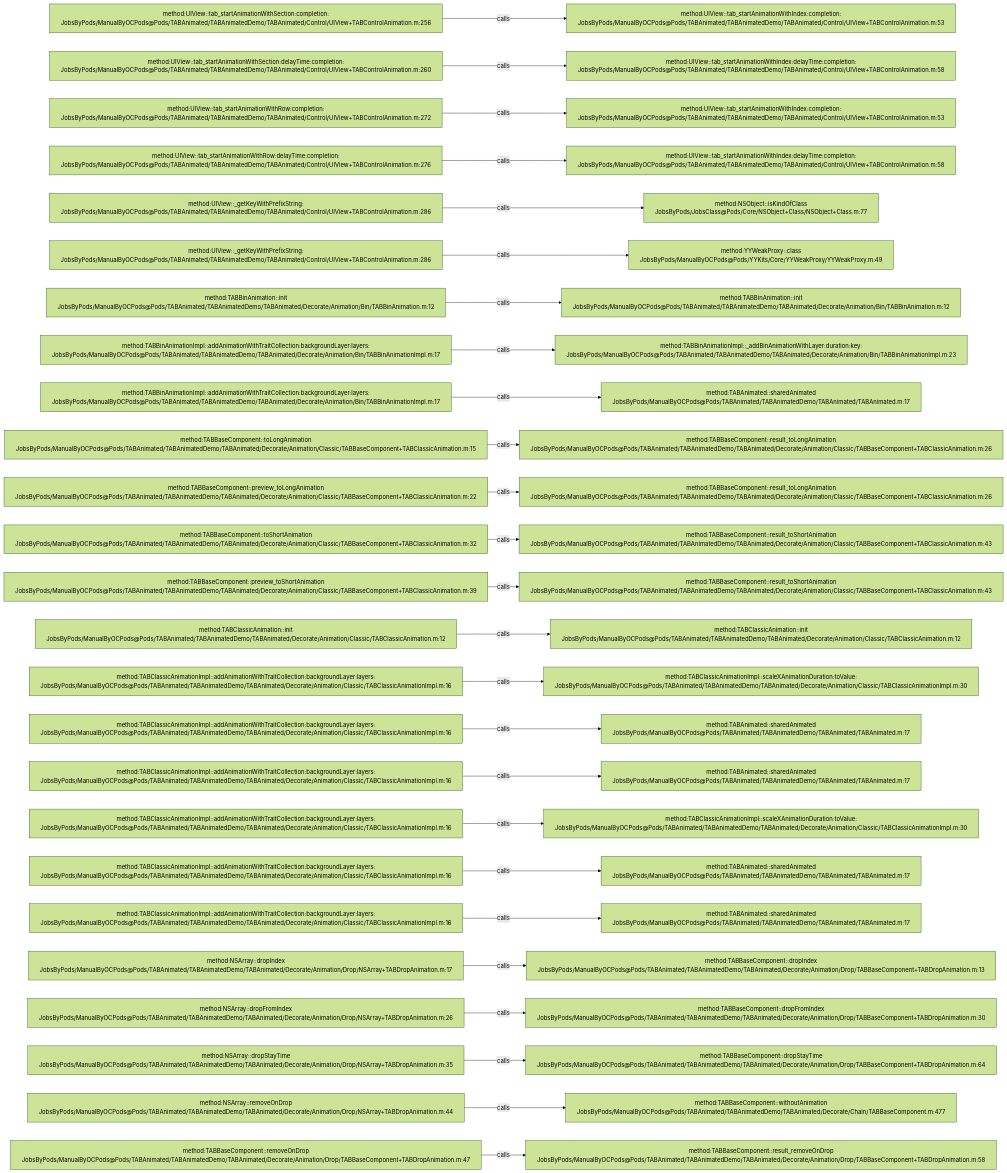
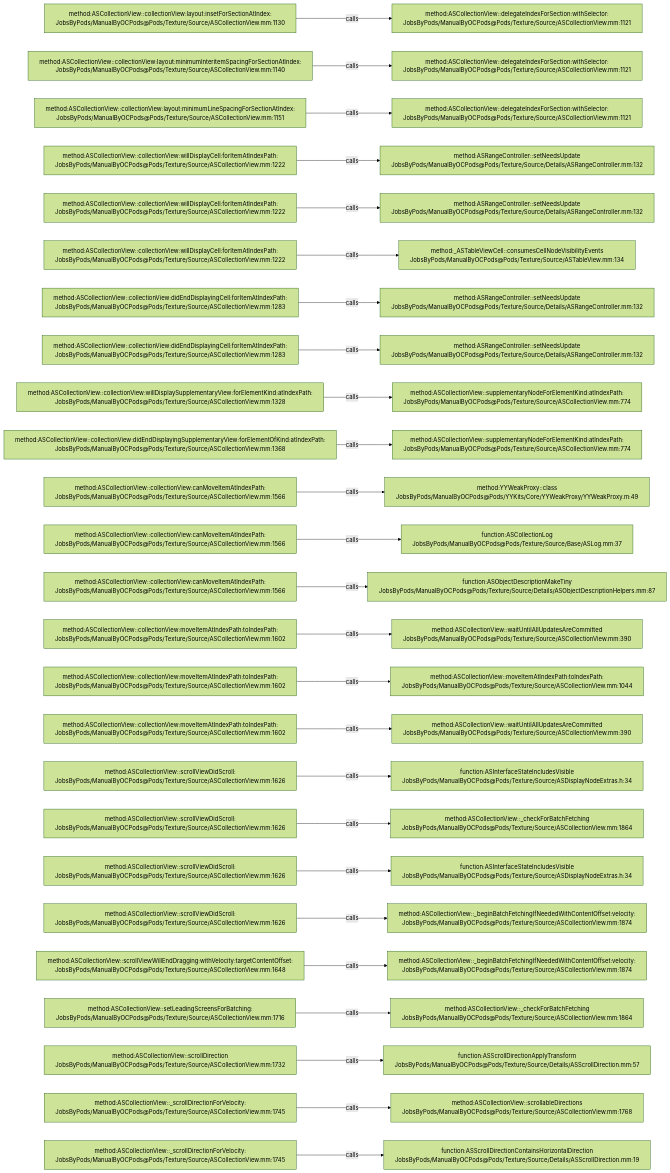
Before and after one commit to JobsKits/JobsOCBaseConfigDemo: the diagram in .codegraph/codegraph.md/graphs/calls-191.md, drawn with Mermaid (forest theme). The commit also changed 573 other files, not shown here.

````diff
--- a/.codegraph/codegraph.md/graphs/calls-191.md
+++ b/.codegraph/codegraph.md/graphs/calls-191.md
@@ -13,78 +13,78 @@
 ```mermaid
 flowchart LR
-  S1["method:UIView::tab_startAnimationWithSection:completion:<br/>JobsByPods/ManualByOCPods@Pods/TABAnimated/TABAnimatedDemo/TABAnimated/Control/UIView+TABControlAnimation.m:256"]
-  T1["method:UIView::tab_startAnimationWithIndex:completion:<br/>JobsByPods/ManualByOCPods@Pods/TABAnimated/TABAnimatedDemo/TABAnimated/Control/UIView+TABControlAnimation.m:53"]
+  S1["method:ASCollectionView::collectionView:layout:insetForSectionAtIndex:<br/>JobsByPods/ManualByOCPods@Pods/Texture/Source/ASCollectionView.mm:1130"]
+  T1["method:ASCollectionView::delegateIndexForSection:withSelector:<br/>JobsByPods/ManualByOCPods@Pods/Texture/Source/ASCollectionView.mm:1121"]
   S1 -->|calls| T1
-  S2["method:UIView::tab_startAnimationWithSection:delayTime:completion:<br/>JobsByPods/ManualByOCPods@Pods/TABAnimated/TABAnimatedDemo/TABAnimated/Control/UIView+TABControlAnimation.m:260"]
-  T2["method:UIView::tab_startAnimationWithIndex:delayTime:completion:<br/>JobsByPods/ManualByOCPods@Pods/TABAnimated/TABAnimatedDemo/TABAnimated/Control/UIView+TABControlAnimation.m:58"]
+  S2["method:ASCollectionView::collectionView:layout:minimumInteritemSpacingForSectionAtIndex:<br/>JobsByPods/ManualByOCPods@Pods/Texture/Source/ASCollectionView.mm:1140"]
+  T2["method:ASCollectionView::delegateIndexForSection:withSelector:<br/>JobsByPods/ManualByOCPods@Pods/Texture/Source/ASCollectionView.mm:1121"]
   S2 -->|calls| T2
-  S3["method:UIView::tab_startAnimationWithRow:completion:<br/>JobsByPods/ManualByOCPods@Pods/TABAnimated/TABAnimatedDemo/TABAnimated/Control/UIView+TABControlAnimation.m:272"]
-  T3["method:UIView::tab_startAnimationWithIndex:completion:<br/>JobsByPods/ManualByOCPods@Pods/TABAnimated/TABAnimatedDemo/TABAnimated/Control/UIView+TABControlAnimation.m:53"]
+  S3["method:ASCollectionView::collectionView:layout:minimumLineSpacingForSectionAtIndex:<br/>JobsByPods/ManualByOCPods@Pods/Texture/Source/ASCollectionView.mm:1151"]
+  T3["method:ASCollectionView::delegateIndexForSection:withSelector:<br/>JobsByPods/ManualByOCPods@Pods/Texture/Source/ASCollectionView.mm:1121"]
   S3 -->|calls| T3
-  S4["method:UIView::tab_startAnimationWithRow:delayTime:completion:<br/>JobsByPods/ManualByOCPods@Pods/TABAnimated/TABAnimatedDemo/TABAnimated/Control/UIView+TABControlAnimation.m:276"]
-  T4["method:UIView::tab_startAnimationWithIndex:delayTime:completion:<br/>JobsByPods/ManualByOCPods@Pods/TABAnimated/TABAnimatedDemo/TABAnimated/Control/UIView+TABControlAnimation.m:58"]
+  S4["method:ASCollectionView::collectionView:willDisplayCell:forItemAtIndexPath:<br/>JobsByPods/ManualByOCPods@Pods/Texture/Source/ASCollectionView.mm:1222"]
+  T4["method:ASRangeController::setNeedsUpdate<br/>JobsByPods/ManualByOCPods@Pods/Texture/Source/Details/ASRangeController.mm:132"]
   S4 -->|calls| T4
-  S5["method:UIView::_getKeyWithPrefixString:<br/>JobsByPods/ManualByOCPods@Pods/TABAnimated/TABAnimatedDemo/TABAnimated/Control/UIView+TABControlAnimation.m:286"]
-  T5["method:NSObject::isKindOfClass<br/>JobsByPods/JobsClass@Pods/Core/NSObject+Class/NSObject+Class.m:77"]
+  S5["method:ASCollectionView::collectionView:willDisplayCell:forItemAtIndexPath:<br/>JobsByPods/ManualByOCPods@Pods/Texture/Source/ASCollectionView.mm:1222"]
+  T5["method:ASRangeController::setNeedsUpdate<br/>JobsByPods/ManualByOCPods@Pods/Texture/Source/Details/ASRangeController.mm:132"]
   S5 -->|calls| T5
-  S6["method:UIView::_getKeyWithPrefixString:<br/>JobsByPods/ManualByOCPods@Pods/TABAnimated/TABAnimatedDemo/TABAnimated/Control/UIView+TABControlAnimation.m:286"]
-  T6["method:YYWeakProxy::class<br/>JobsByPods/ManualByOCPods@Pods/YYKits/Core/YYWeakProxy/YYWeakProxy.m:49"]
+  S6["method:ASCollectionView::collectionView:willDisplayCell:forItemAtIndexPath:<br/>JobsByPods/ManualByOCPods@Pods/Texture/Source/ASCollectionView.mm:1222"]
+  T6["method:_ASTableViewCell::consumesCellNodeVisibilityEvents<br/>JobsByPods/ManualByOCPods@Pods/Texture/Source/ASTableView.mm:134"]
   S6 -->|calls| T6
-  S7["method:TABBinAnimation::init<br/>JobsByPods/ManualByOCPods@Pods/TABAnimated/TABAnimatedDemo/TABAnimated/Decorate/Animation/Bin/TABBinAnimation.m:12"]
-  T7["method:TABBinAnimation::init<br/>JobsByPods/ManualByOCPods@Pods/TABAnimated/TABAnimatedDemo/TABAnimated/Decorate/Animation/Bin/TABBinAnimation.m:12"]
+  S7["method:ASCollectionView::collectionView:didEndDisplayingCell:forItemAtIndexPath:<br/>JobsByPods/ManualByOCPods@Pods/Texture/Source/ASCollectionView.mm:1283"]
+  T7["method:ASRangeController::setNeedsUpdate<br/>JobsByPods/ManualByOCPods@Pods/Texture/Source/Details/ASRangeController.mm:132"]
   S7 -->|calls| T7
-  S8["method:TABBinAnimationImpl::addAnimationWithTraitCollection:backgroundLayer:layers:<br/>JobsByPods/ManualByOCPods@Pods/TABAnimated/TABAnimatedDemo/TABAnimated/Decorate/Animation/Bin/TABBinAnimationImpl.m:17"]
-  T8["method:TABBinAnimationImpl::_addBinAnimationWithLayer:duration:key:<br/>JobsByPods/ManualByOCPods@Pods/TABAnimated/TABAnimatedDemo/TABAnimated/Decorate/Animation/Bin/TABBinAnimationImpl.m:23"]
+  S8["method:ASCollectionView::collectionView:didEndDisplayingCell:forItemAtIndexPath:<br/>JobsByPods/ManualByOCPods@Pods/Texture/Source/ASCollectionView.mm:1283"]
+  T8["method:ASRangeController::setNeedsUpdate<br/>JobsByPods/ManualByOCPods@Pods/Texture/Source/Details/ASRangeController.mm:132"]
   S8 -->|calls| T8
-  S9["method:TABBinAnimationImpl::addAnimationWithTraitCollection:backgroundLayer:layers:<br/>JobsByPods/ManualByOCPods@Pods/TABAnimated/TABAnimatedDemo/TABAnimated/Decorate/Animation/Bin/TABBinAnimationImpl.m:17"]
-  T9["method:TABAnimated::sharedAnimated<br/>JobsByPods/ManualByOCPods@Pods/TABAnimated/TABAnimatedDemo/TABAnimated/TABAnimated.m:17"]
+  S9["method:ASCollectionView::collectionView:willDisplaySupplementaryView:forElementKind:atIndexPath:<br/>JobsByPods/ManualByOCPods@Pods/Texture/Source/ASCollectionView.mm:1328"]
+  T9["method:ASCollectionView::supplementaryNodeForElementKind:atIndexPath:<br/>JobsByPods/ManualByOCPods@Pods/Texture/Source/ASCollectionView.mm:774"]
   S9 -->|calls| T9
-  S10["method:TABBaseComponent::toLongAnimation<br/>JobsByPods/ManualByOCPods@Pods/TABAnimated/TABAnimatedDemo/TABAnimated/Decorate/Animation/Classic/TABBaseComponent+TABClassicAnimation.m:15"]
-  T10["method:TABBaseComponent::result_toLongAnimation<br/>JobsByPods/ManualByOCPods@Pods/TABAnimated/TABAnimatedDemo/TABAnimated/Decorate/Animation/Classic/TABBaseComponent+TABClassicAnimation.m:26"]
+  S10["method:ASCollectionView::collectionView:didEndDisplayingSupplementaryView:forElementOfKind:atIndexPath:<br/>JobsByPods/ManualByOCPods@Pods/Texture/Source/ASCollectionView.mm:1368"]
+  T10["method:ASCollectionView::supplementaryNodeForElementKind:atIndexPath:<br/>JobsByPods/ManualByOCPods@Pods/Texture/Source/ASCollectionView.mm:774"]
   S10 -->|calls| T10
-  S11["method:TABBaseComponent::preview_toLongAnimation<br/>JobsByPods/ManualByOCPods@Pods/TABAnimated/TABAnimatedDemo/TABAnimated/Decorate/Animation/Classic/TABBaseComponent+TABClassicAnimation.m:22"]
-  T11["method:TABBaseComponent::result_toLongAnimation<br/>JobsByPods/ManualByOCPods@Pods/TABAnimated/TABAnimatedDemo/TABAnimated/Decorate/Animation/Classic/TABBaseComponent+TABClassicAnimation.m:26"]
+  S11["method:ASCollectionView::collectionView:canMoveItemAtIndexPath:<br/>JobsByPods/ManualByOCPods@Pods/Texture/Source/ASCollectionView.mm:1566"]
+  T11["method:YYWeakProxy::class<br/>JobsByPods/ManualByOCPods@Pods/YYKits/Core/YYWeakProxy/YYWeakProxy.m:49"]
   S11 -->|calls| T11
-  S12["method:TABBaseComponent::toShortAnimation<br/>JobsByPods/ManualByOCPods@Pods/TABAnimated/TABAnimatedDemo/TABAnimated/Decorate/Animation/Classic/TABBaseComponent+TABClassicAnimation.m:32"]
-  T12["method:TABBaseComponent::result_toShortAnimation<br/>JobsByPods/ManualByOCPods@Pods/TABAnimated/TABAnimatedDemo/TABAnimated/Decorate/Animation/Classic/TABBaseComponent+TABClassicAnimation.m:43"]
+  S12["method:ASCollectionView::collectionView:canMoveItemAtIndexPath:<br/>JobsByPods/ManualByOCPods@Pods/Texture/Source/ASCollectionView.mm:1566"]
+  T12["function:ASCollectionLog<br/>JobsByPods/ManualByOCPods@Pods/Texture/Source/Base/ASLog.mm:37"]
   S12 -->|calls| T12
-  S13["method:TABBaseComponent::preview_toShortAnimation<br/>JobsByPods/ManualByOCPods@Pods/TABAnimated/TABAnimatedDemo/TABAnimated/Decorate/Animation/Classic/TABBaseComponent+TABClassicAnimation.m:39"]
-  T13["method:TABBaseComponent::result_toShortAnimation<br/>JobsByPods/ManualByOCPods@Pods/TABAnimated/TABAnimatedDemo/TABAnimated/Decorate/Animation/Classic/TABBaseComponent+TABClassicAnimation.m:43"]
+  S13["method:ASCollectionView::collectionView:canMoveItemAtIndexPath:<br/>JobsByPods/ManualByOCPods@Pods/Texture/Source/ASCollectionView.mm:1566"]
+  T13["function:ASObjectDescriptionMakeTiny<br/>JobsByPods/ManualByOCPods@Pods/Texture/Source/Details/ASObjectDescriptionHelpers.mm:87"]
   S13 -->|calls| T13
-  S14["method:TABClassicAnimation::init<br/>JobsByPods/ManualByOCPods@Pods/TABAnimated/TABAnimatedDemo/TABAnimated/Decorate/Animation/Classic/TABClassicAnimation.m:12"]
-  T14["method:TABClassicAnimation::init<br/>JobsByPods/ManualByOCPods@Pods/TABAnimated/TABAnimatedDemo/TABAnimated/Decorate/Animation/Classic/TABClassicAnimation.m:12"]
+  S14["method:ASCollectionView::collectionView:moveItemAtIndexPath:toIndexPath:<br/>JobsByPods/ManualByOCPods@Pods/Texture/Source/ASCollectionView.mm:1602"]
+  T14["method:ASCollectionView::waitUntilAllUpdatesAreCommitted<br/>JobsByPods/ManualByOCPods@Pods/Texture/Source/ASCollectionView.mm:390"]
   S14 -->|calls| T14
-  S15["method:TABClassicAnimationImpl::addAnimationWithTraitCollection:backgroundLayer:layers:<br/>JobsByPods/ManualByOCPods@Pods/TABAnimated/TABAnimatedDemo/TABAnimated/Decorate/Animation/Classic/TABClassicAnimationImpl.m:16"]
-  T15["method:TABClassicAnimationImpl::scaleXAnimationDuration:toValue:<br/>JobsByPods/ManualByOCPods@Pods/TABAnimated/TABAnimatedDemo/TABAnimated/Decorate/Animation/Classic/TABClassicAnimationImpl.m:30"]
+  S15["method:ASCollectionView::collectionView:moveItemAtIndexPath:toIndexPath:<br/>JobsByPods/ManualByOCPods@Pods/Texture/Source/ASCollectionView.mm:1602"]
+  T15["method:ASCollectionView::moveItemAtIndexPath:toIndexPath:<br/>JobsByPods/ManualByOCPods@Pods/Texture/Source/ASCollectionView.mm:1044"]
   S15 -->|calls| T15
-  S16["method:TABClassicAnimationImpl::addAnimationWithTraitCollection:backgroundLayer:layers:<br/>JobsByPods/ManualByOCPods@Pods/TABAnimated/TABAnimatedDemo/TABAnimated/Decorate/Animation/Classic/TABClassicAnimationImpl.m:16"]
-  T16["method:TABAnimated::sharedAnimated<br/>JobsByPods/ManualByOCPods@Pods/TABAnimated/TABAnimatedDemo/TABAnimated/TABAnimated.m:17"]
+  S16["method:ASCollectionView::collectionView:moveItemAtIndexPath:toIndexPath:<br/>JobsByPods/ManualByOCPods@Pods/Texture/Source/ASCollectionView.mm:1602"]
+  T16["method:ASCollectionView::waitUntilAllUpdatesAreCommitted<br/>JobsByPods/ManualByOCPods@Pods/Texture/Source/ASCollectionView.mm:390"]
   S16 -->|calls| T16
-  S17["method:TABClassicAnimationImpl::addAnimationWithTraitCollection:backgroundLayer:layers:<br/>JobsByPods/ManualByOCPods@Pods/TABAnimated/TABAnimatedDemo/TABAnimated/Decorate/Animation/Classic/TABClassicAnimationImpl.m:16"]
-  T17["method:TABAnimated::sharedAnimated<br/>JobsByPods/ManualByOCPods@Pods/TABAnimated/TABAnimatedDemo/TABAnimated/TABAnimated.m:17"]
+  S17["method:ASCollectionView::scrollViewDidScroll:<br/>JobsByPods/ManualByOCPods@Pods/Texture/Source/ASCollectionView.mm:1626"]
+  T17["function:ASInterfaceStateIncludesVisible<br/>JobsByPods/ManualByOCPods@Pods/Texture/Source/ASDisplayNodeExtras.h:34"]
   S17 -->|calls| T17
-  S18["method:TABClassicAnimationImpl::addAnimationWithTraitCollection:backgroundLayer:layers:<br/>JobsByPods/ManualByOCPods@Pods/TABAnimated/TABAnimatedDemo/TABAnimated/Decorate/Animation/Classic/TABClassicAnimationImpl.m:16"]
-  T18["method:TABClassicAnimationImpl::scaleXAnimationDuration:toValue:<br/>JobsByPods/ManualByOCPods@Pods/TABAnimated/TABAnimatedDemo/TABAnimated/Decorate/Animation/Classic/TABClassicAnimationImpl.m:30"]
+  S18["method:ASCollectionView::scrollViewDidScroll:<br/>JobsByPods/ManualByOCPods@Pods/Texture/Source/ASCollectionView.mm:1626"]
+  T18["method:ASCollectionView::_checkForBatchFetching<br/>JobsByPods/ManualByOCPods@Pods/Texture/Source/ASCollectionView.mm:1864"]
   S18 -->|calls| T18
-  S19["method:TABClassicAnimationImpl::addAnimationWithTraitCollection:backgroundLayer:layers:<br/>JobsByPods/ManualByOCPods@Pods/TABAnimated/TABAnimatedDemo/TABAnimated/Decorate/Animation/Classic/TABClassicAnimationImpl.m:16"]
-  T19["method:TABAnimated::sharedAnimated<br/>JobsByPods/ManualByOCPods@Pods/TABAnimated/TABAnimatedDemo/TABAnimated/TABAnimated.m:17"]
+  S19["method:ASCollectionView::scrollViewDidScroll:<br/>JobsByPods/ManualByOCPods@Pods/Texture/Source/ASCollectionView.mm:1626"]
+  T19["function:ASInterfaceStateIncludesVisible<br/>JobsByPods/ManualByOCPods@Pods/Texture/Source/ASDisplayNodeExtras.h:34"]
   S19 -->|calls| T19
-  S20["method:TABClassicAnimationImpl::addAnimationWithTraitCollection:backgroundLayer:layers:<br/>JobsByPods/ManualByOCPods@Pods/TABAnimated/TABAnimatedDemo/TABAnimated/Decorate/Animation/Classic/TABClassicAnimationImpl.m:16"]
-  T20["method:TABAnimated::sharedAnimated<br/>JobsByPods/ManualByOCPods@Pods/TABAnimated/TABAnimatedDemo/TABAnimated/TABAnimated.m:17"]
+  S20["method:ASCollectionView::scrollViewDidScroll:<br/>JobsByPods/ManualByOCPods@Pods/Texture/Source/ASCollectionView.mm:1626"]
+  T20["method:ASCollectionView::_beginBatchFetchingIfNeededWithContentOffset:velocity:<br/>JobsByPods/ManualByOCPods@Pods/Texture/Source/ASCollectionView.mm:1874"]
   S20 -->|calls| T20
-  S21["method:NSArray::dropIndex<br/>JobsByPods/ManualByOCPods@Pods/TABAnimated/TABAnimatedDemo/TABAnimated/Decorate/Animation/Drop/NSArray+TABDropAnimation.m:17"]
-  T21["method:TABBaseComponent::dropIndex<br/>JobsByPods/ManualByOCPods@Pods/TABAnimated/TABAnimatedDemo/TABAnimated/Decorate/Animation/Drop/TABBaseComponent+TABDropAnimation.m:13"]
+  S21["method:ASCollectionView::scrollViewWillEndDragging:withVelocity:targetContentOffset:<br/>JobsByPods/ManualByOCPods@Pods/Texture/Source/ASCollectionView.mm:1648"]
+  T21["method:ASCollectionView::_beginBatchFetchingIfNeededWithContentOffset:velocity:<br/>JobsByPods/ManualByOCPods@Pods/Texture/Source/ASCollectionView.mm:1874"]
   S21 -->|calls| T21
-  S22["method:NSArray::dropFromIndex<br/>JobsByPods/ManualByOCPods@Pods/TABAnimated/TABAnimatedDemo/TABAnimated/Decorate/Animation/Drop/NSArray+TABDropAnimation.m:26"]
-  T22["method:TABBaseComponent::dropFromIndex<br/>JobsByPods/ManualByOCPods@Pods/TABAnimated/TABAnimatedDemo/TABAnimated/Decorate/Animation/Drop/TABBaseComponent+TABDropAnimation.m:30"]
+  S22["method:ASCollectionView::setLeadingScreensForBatching:<br/>JobsByPods/ManualByOCPods@Pods/Texture/Source/ASCollectionView.mm:1716"]
+  T22["method:ASCollectionView::_checkForBatchFetching<br/>JobsByPods/ManualByOCPods@Pods/Texture/Source/ASCollectionView.mm:1864"]
   S22 -->|calls| T22
-  S23["method:NSArray::dropStayTime<br/>JobsByPods/ManualByOCPods@Pods/TABAnimated/TABAnimatedDemo/TABAnimated/Decorate/Animation/Drop/NSArray+TABDropAnimation.m:35"]
-  T23["method:TABBaseComponent::dropStayTime<br/>JobsByPods/ManualByOCPods@Pods/TABAnimated/TABAnimatedDemo/TABAnimated/Decorate/Animation/Drop/TABBaseComponent+TABDropAnimation.m:64"]
+  S23["method:ASCollectionView::scrollDirection<br/>JobsByPods/ManualByOCPods@Pods/Texture/Source/ASCollectionView.mm:1732"]
+  T23["function:ASScrollDirectionApplyTransform<br/>JobsByPods/ManualByOCPods@Pods/Texture/Source/Details/ASScrollDirection.mm:57"]
   S23 -->|calls| T23
-  S24["method:NSArray::removeOnDrop<br/>JobsByPods/ManualByOCPods@Pods/TABAnimated/TABAnimatedDemo/TABAnimated/Decorate/Animation/Drop/NSArray+TABDropAnimation.m:44"]
-  T24["method:TABBaseComponent::withoutAnimation<br/>JobsByPods/ManualByOCPods@Pods/TABAnimated/TABAnimatedDemo/TABAnimated/Decorate/Chain/TABBaseComponent.m:477"]
+  S24["method:ASCollectionView::_scrollDirectionForVelocity:<br/>JobsByPods/ManualByOCPods@Pods/Texture/Source/ASCollectionView.mm:1745"]
+  T24["method:ASCollectionView::scrollableDirections<br/>JobsByPods/ManualByOCPods@Pods/Texture/Source/ASCollectionView.mm:1768"]
   S24 -->|calls| T24
-  S25["method:TABBaseComponent::removeOnDrop<br/>JobsByPods/ManualByOCPods@Pods/TABAnimated/TABAnimatedDemo/TABAnimated/Decorate/Animation/Drop/TABBaseComponent+TABDropAnimation.m:47"]
-  T25["method:TABBaseComponent::result_removeOnDrop<br/>JobsByPods/ManualByOCPods@Pods/TABAnimated/TABAnimatedDemo/TABAnimated/Decorate/Animation/Drop/TABBaseComponent+TABDropAnimation.m:58"]
+  S25["method:ASCollectionView::_scrollDirectionForVelocity:<br/>JobsByPods/ManualByOCPods@Pods/Texture/Source/ASCollectionView.mm:1745"]
+  T25["function:ASScrollDirectionContainsHorizontalDirection<br/>JobsByPods/ManualByOCPods@Pods/Texture/Source/Details/ASScrollDirection.mm:19"]
   S25 -->|calls| T25
 ```
````
